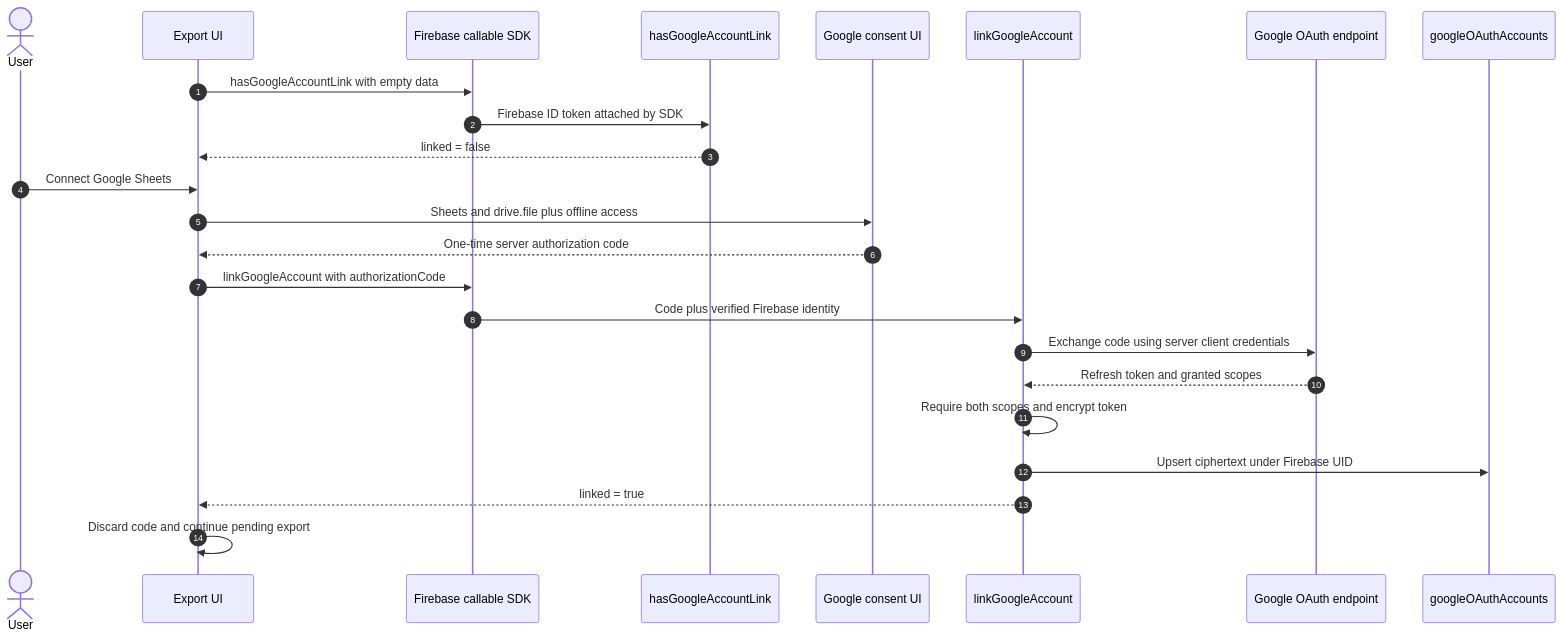
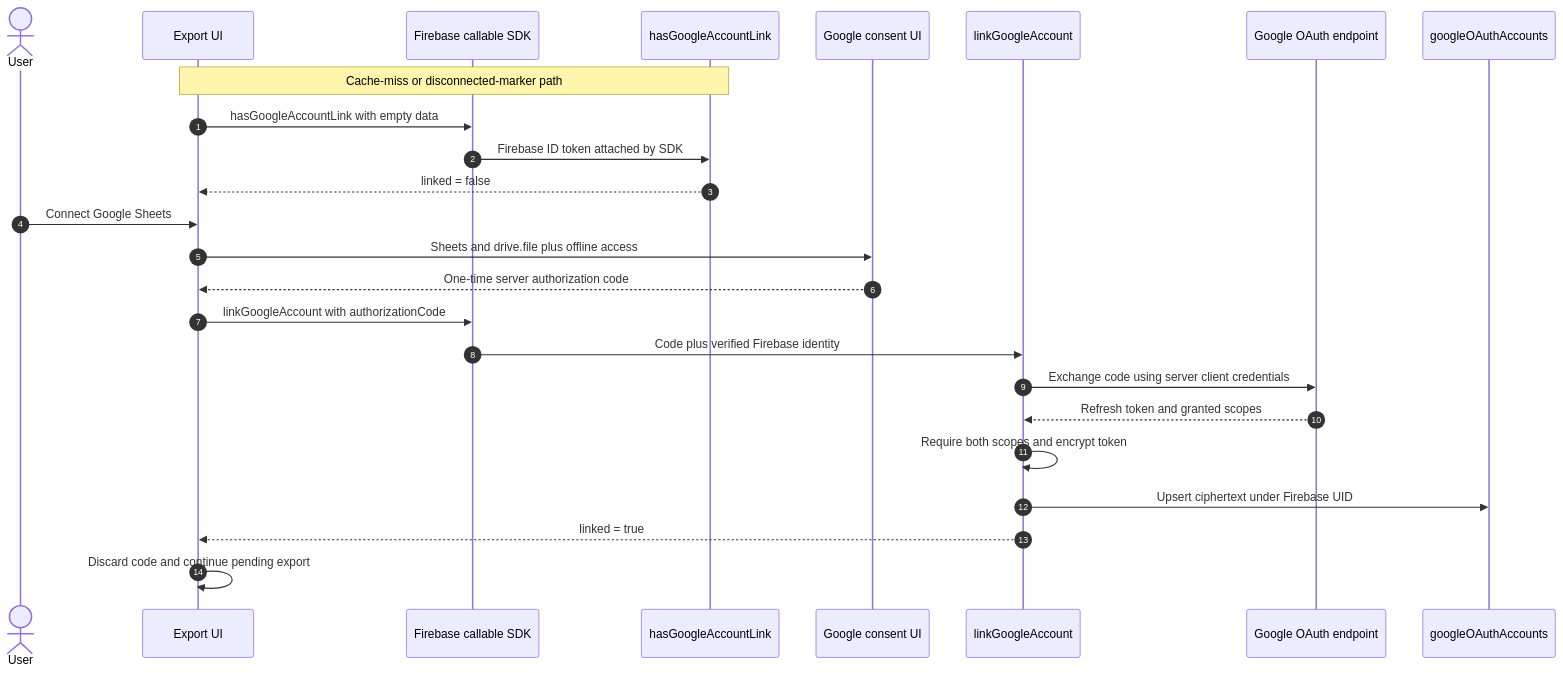
The third of 8 diagrams in docs/features/export.md (dzmitreydanilov/PlzStop), drawn with Mermaid before and after one commit. The commit also changed other lines of this file and 14 other files, not shown here.

Commit message:
feat: update export flow

````diff
--- a/docs/features/export.md
+++ b/docs/features/export.md
@@ -164,27 +166,28 @@
 ```mermaid
 sequenceDiagram
     autonumber
     actor User
     participant UI as Export UI
     participant Callable as Firebase callable SDK
     participant Status as hasGoogleAccountLink
     participant Google as Google consent UI
     participant LinkFn as linkGoogleAccount
     participant OAuth as Google OAuth endpoint
     participant Store as googleOAuthAccounts
 
+    Note over UI,Status: Cache-miss or disconnected-marker path
     UI->>Callable: hasGoogleAccountLink with empty data
     Callable->>Status: Firebase ID token attached by SDK
     Status-->>UI: linked = false
     User->>UI: Connect Google Sheets
     UI->>Google: Sheets and drive.file plus offline access
     Google-->>UI: One-time server authorization code
     UI->>Callable: linkGoogleAccount with authorizationCode
     Callable->>LinkFn: Code plus verified Firebase identity
     LinkFn->>OAuth: Exchange code using server client credentials
     OAuth-->>LinkFn: Refresh token and granted scopes
     LinkFn->>LinkFn: Require both scopes and encrypt token
     LinkFn->>Store: Upsert ciphertext under Firebase UID
     LinkFn-->>UI: linked = true
     UI->>UI: Discard code and continue pending export
 ```
````
